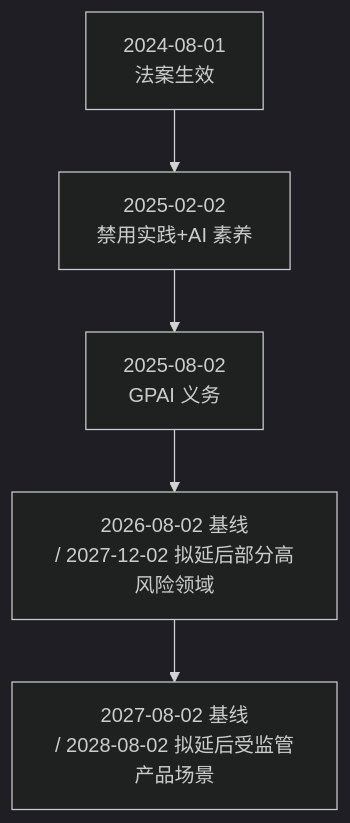
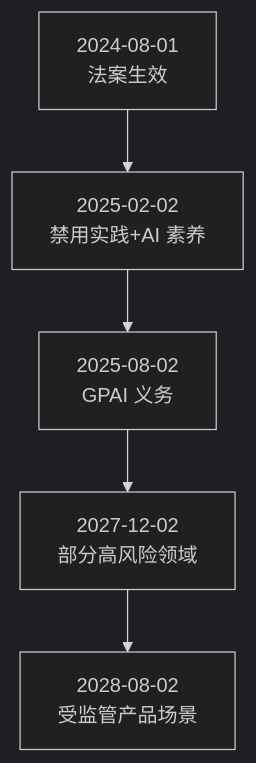
One commit to yeasy/ai_security_guide changed the diagram in 11_governance/11.1_regulations.md. Above: the diagram before and after it, drawn with Mermaid (dark theme). The commit also changed other lines of this file and 7 other files, not shown here.

````diff
--- a/11_governance/11.1_regulations.md
+++ b/11_governance/11.1_regulations.md
@@ -39,7 +39,7 @@
 ```mermaid
 flowchart TB
     A["2024-08-01<br/>法案生效"] --> B["2025-02-02<br/>禁用实践+AI 素养"]
     B --> C["2025-08-02<br/>GPAI 义务"]
-    C --> D["2026-08-02 基线<br/>/ 2027-12-02 拟延后部分高风险领域"]
-    D --> E["2027-08-02 基线<br/>/ 2028-08-02 拟延后受监管产品场景"]
+    C --> D["2027-12-02<br/>部分高风险领域"]
+    D --> E["2028-08-02<br/>受监管产品场景"]
 ```
````
